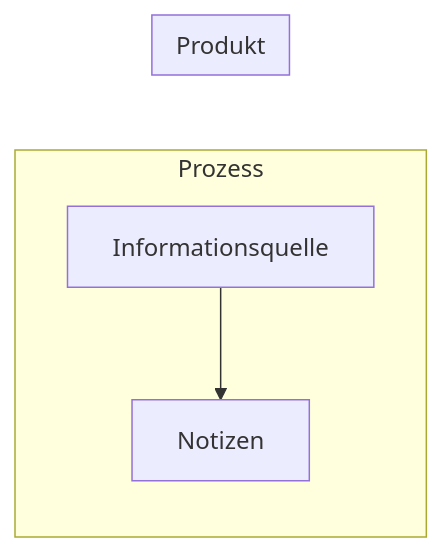
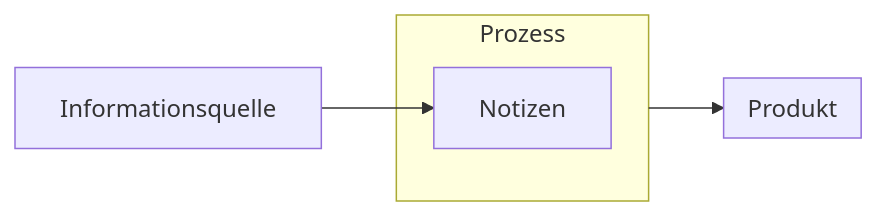
Before and after one commit to julianstoerig/zettelkasten: the diagram in 📝 - Arbeitsplatz/Untitled.md, drawn with Mermaid.

Commit message:
automatic version-control: 2021-01-15 18:22:18

````diff
--- a/📝 - Arbeitsplatz/Untitled.md
+++ b/📝 - Arbeitsplatz/Untitled.md
@@ -1,17 +1,19 @@
 ```mermaid
 graph LR
 
 I[Informationsquelle]
 N[Notizen]
 
-I
+I --> N
 
 subgraph Prozess
-	I --> N
+	N
 end
 
+Prozess --> Produkt
+
 subgraph Produkt
-	I
+	
 end
 
 ```
````
